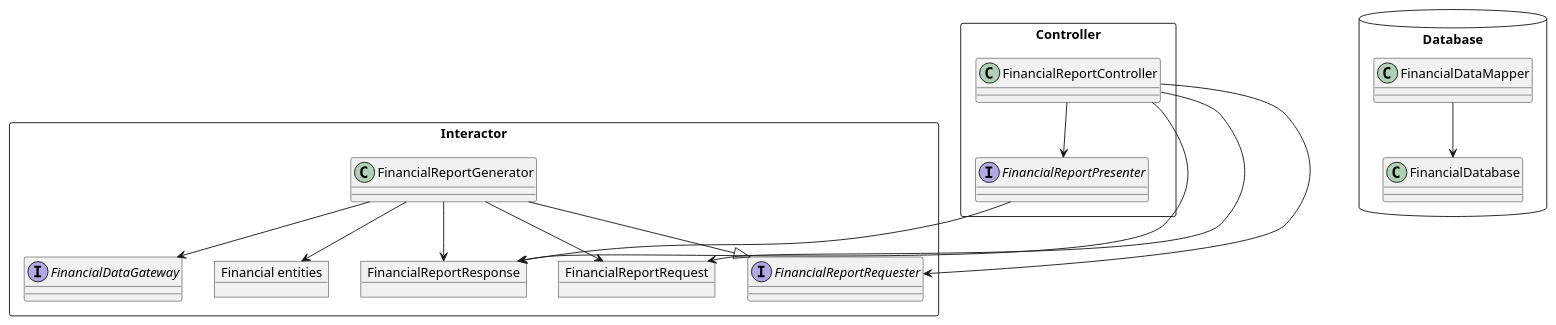
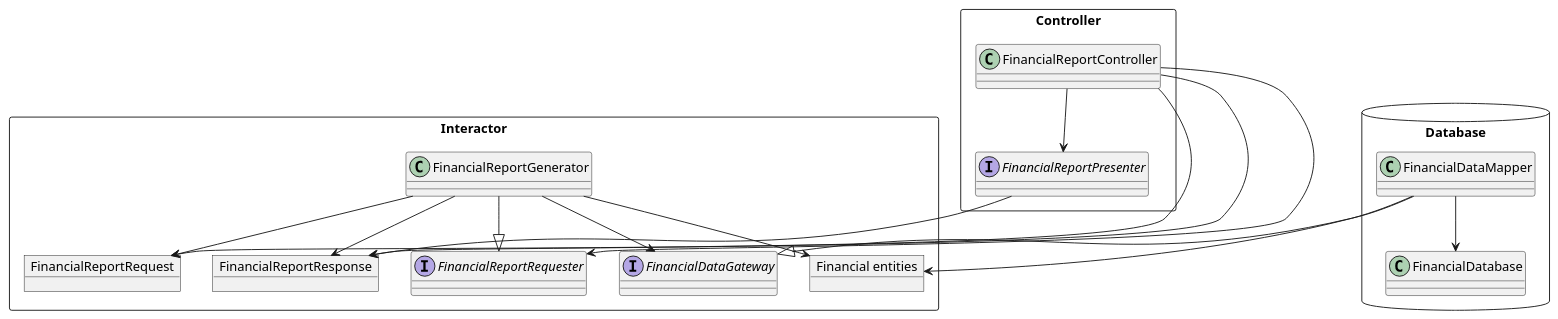
One commit to huland/logseq-notes changed the third of 3 diagrams in pages/Robert C. Martin - Clean Architecture A Craftsman's Guide to Software Structure and Design.md. Above: the diagram before and after it, drawn with PlantUML.

Commit message:
Auto saved by Logseq

```diff
--- a/pages/Robert C. Martin - Clean Architecture A Craftsman's Guide to Software Structure and Design.md
+++ b/pages/Robert C. Martin - Clean Architecture A Craftsman's Guide to Software Structure and Design.md
@@ -203,33 +203,35 @@
 				  @startuml
 				  
 				  rectangle Interactor {
 				    object FinancialReportRequest
 				    interface FinancialReportRequester
 				    object FinancialReportResponse
 				    class FinancialReportGenerator
 				    interface FinancialDataGateway
 				    object "Financial entities" as FinancialEntities
 				  }
 				  
 				  rectangle Controller {
 				    class FinancialReportController 
 				    interface FinancialReportPresenter
 				  }
 				  database Database {
 				    class FinancialDataMapper 
 				    class FinancialDatabase
 				  }
 				  
 				  
 				  FinancialReportController --> FinancialReportPresenter
 				  FinancialReportPresenter --> FinancialReportResponse
 				  FinancialReportController --> FinancialReportRequest
 				  FinancialReportController --> FinancialReportRequester
 				  FinancialReportGenerator --> FinancialReportRequest
 				  FinancialReportGenerator --> FinancialEntities
 				  FinancialReportGenerator --> FinancialReportResponse
 				  FinancialReportGenerator --> FinancialDataGateway
 				  FinancialReportGenerator --|> FinancialReportRequester
 				  FinancialReportController --> FinancialReportResponse
 				  FinancialDataMapper --> FinancialDatabase
+				  FinancialDataMapper --> FinancialEntities
+				  FinancialDataMapper --|> FinancialDataGateway
 				  @enduml
```
